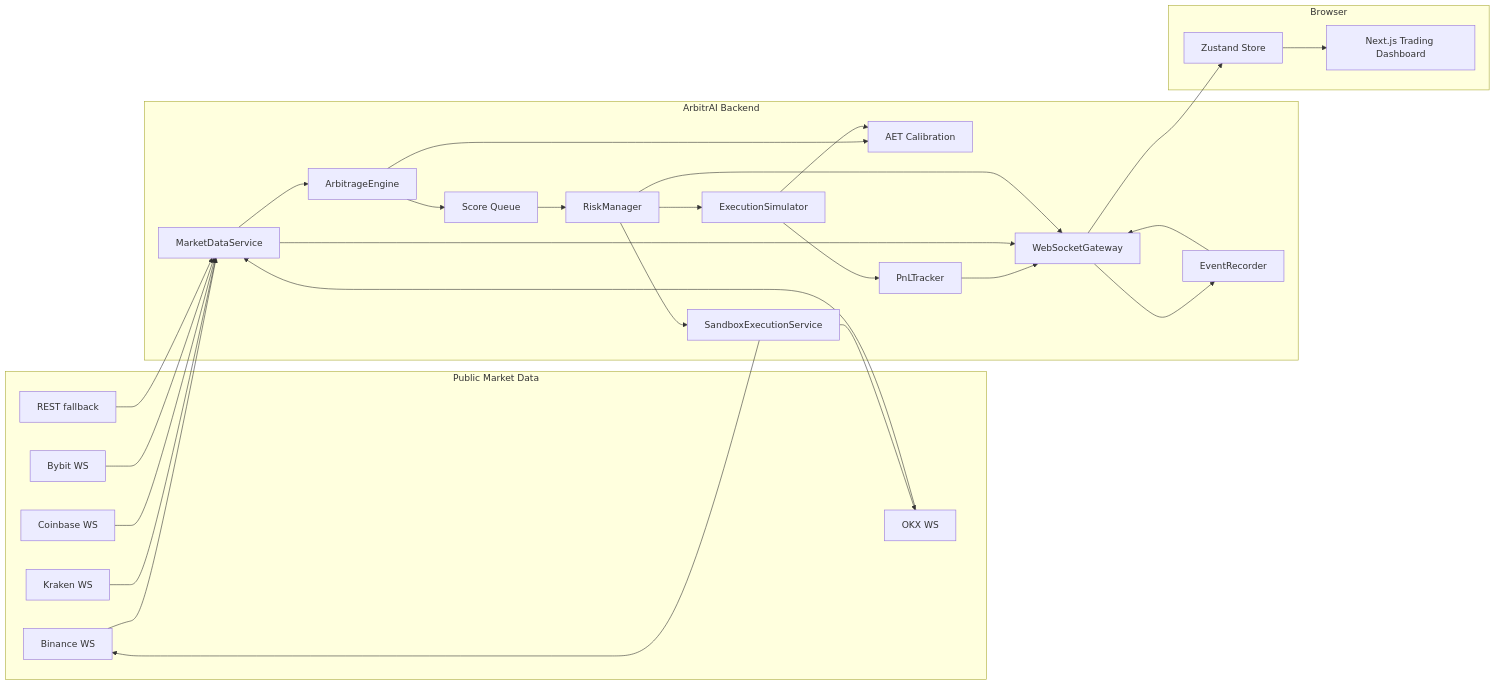
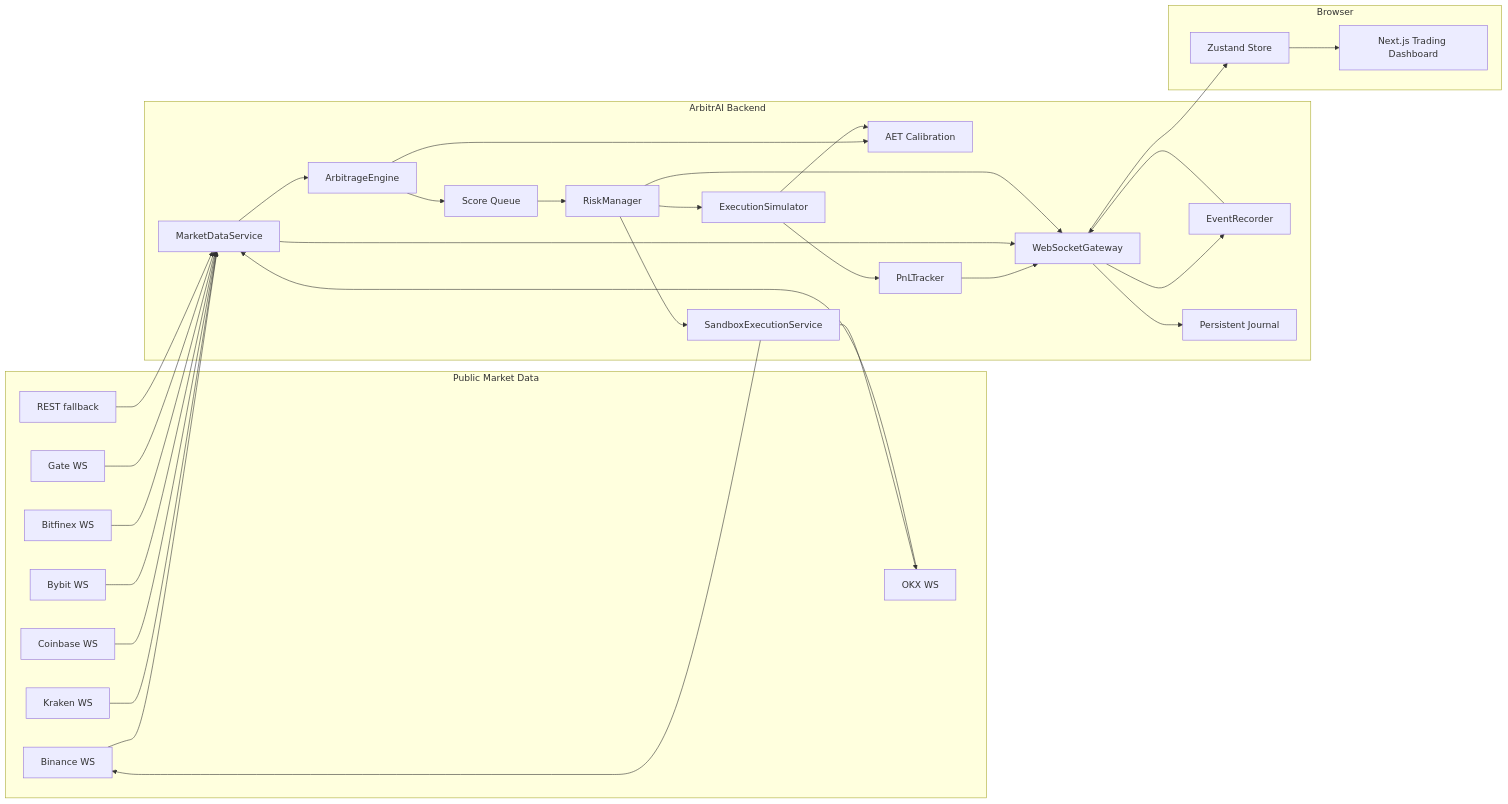
One commit to JoahanMorales/CODING_CHALLENGE_MEXICO changed the first of 2 diagrams in README.md. Above: the diagram before and after it, drawn with Mermaid. The commit also changed other lines of this file and 14 other files, not shown here.

````diff
--- a/README.md
+++ b/README.md
@@ -393,53 +419,59 @@
 ```mermaid
 flowchart LR
   subgraph "Public Market Data"
     B["Binance WS"]
     K["Kraken WS"]
     C["Coinbase WS"]
     O["OKX WS"]
     Y["Bybit WS"]
+    F["Bitfinex WS"]
+    T["Gate WS"]
     R["REST fallback"]
   end
 
   subgraph "ArbitrAI Backend"
     M["MarketDataService"]
     E["ArbitrageEngine"]
     A["AET Calibration"]
     Q["Score Queue"]
     RM["RiskManager"]
     X["ExecutionSimulator"]
     S["SandboxExecutionService"]
     P["PnLTracker"]
     ER["EventRecorder"]
     G["WebSocketGateway"]
+    J["Persistent Journal"]
   end
 
   subgraph "Browser"
     Z["Zustand Store"]
     UI["Next.js Trading Dashboard"]
   end
 
   B --> M
   K --> M
   C --> M
   O --> M
   Y --> M
+  F --> M
+  T --> M
   R --> M
   M --> E
   E --> A
   E --> Q
   Q --> RM
   RM --> X
   X --> P
   RM --> S
   S --> B
   S --> O
   X --> A
   G --> ER
   ER --> G
   P --> G
   M --> G
   RM --> G
+  G --> J
   G --> Z
   Z --> UI
 ```
````
